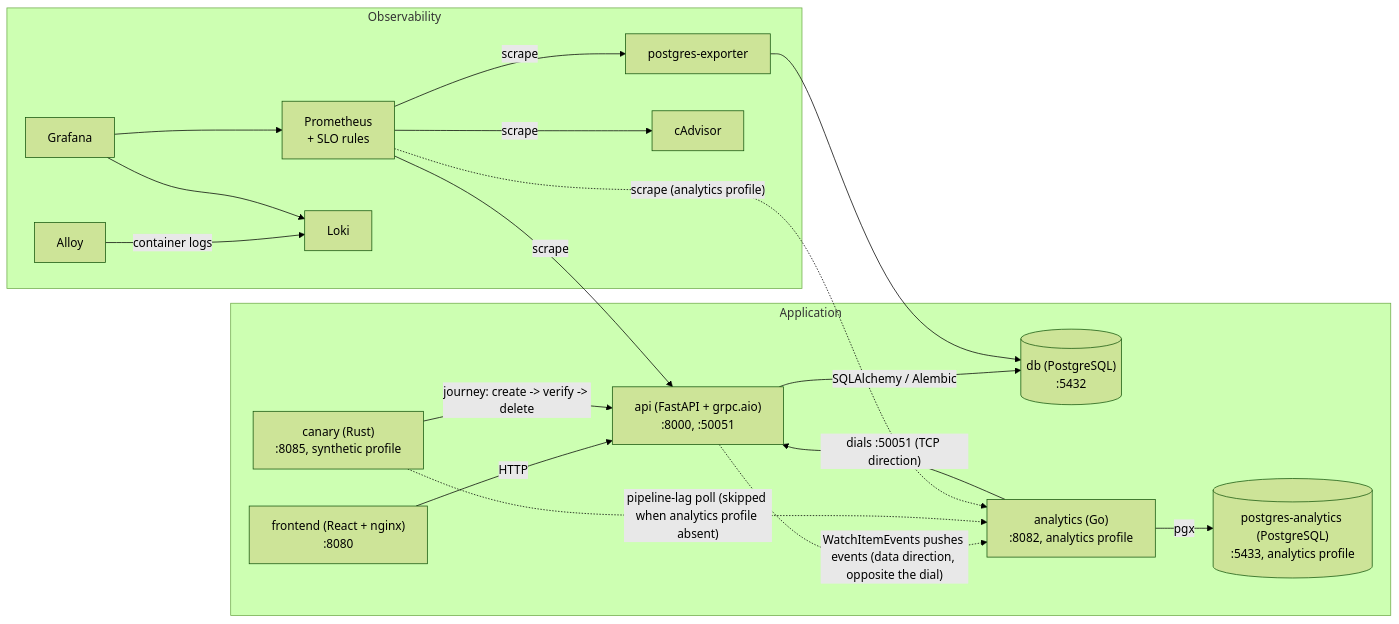
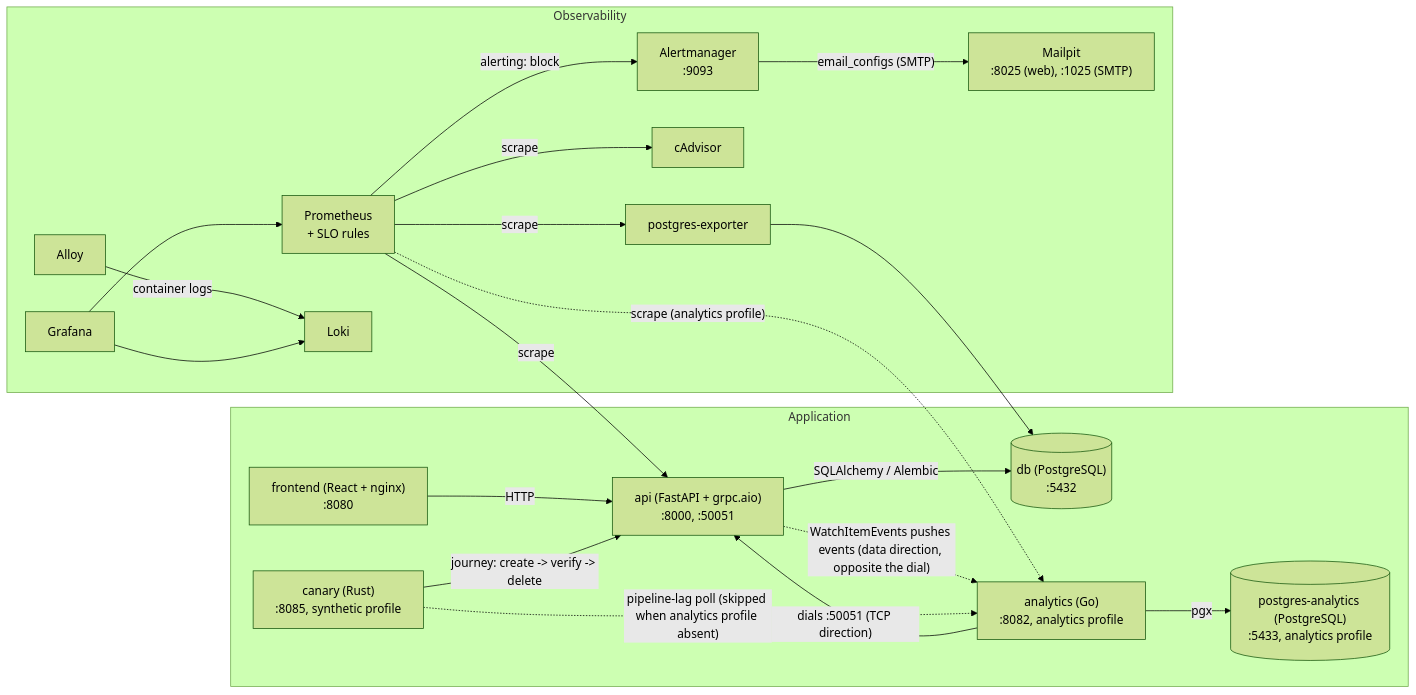
The diagram in docs/architecture.md (vovinacci/devops-demo), drawn with Mermaid (forest theme) before and after one commit. The commit also changed other lines of this file and 8 other files, not shown here.

````diff
--- a/docs/architecture.md
+++ b/docs/architecture.md
@@ -8,36 +8,40 @@
 ```mermaid
 flowchart LR
     subgraph app [Application]
         fe["frontend (React + nginx)<br/>:8080"]
         be["api (FastAPI + grpc.aio)<br/>:8000, :50051"]
         pg[("db (PostgreSQL)<br/>:5432")]
         an["analytics (Go)<br/>:8082, analytics profile"]
         pgA[("postgres-analytics (PostgreSQL)<br/>:5433, analytics profile")]
         can["canary (Rust)<br/>:8085, synthetic profile"]
     end
 
     subgraph obs [Observability]
         pgx["postgres-exporter"]
         cad["cAdvisor"]
         prom["Prometheus<br/>+ SLO rules"]
         alloy["Alloy"]
         loki["Loki"]
         graf["Grafana"]
+        am["Alertmanager<br/>:9093"]
+        mp["Mailpit<br/>:8025 (web), :1025 (SMTP)"]
     end
 
     fe -->|HTTP| be
     be -->|SQLAlchemy / Alembic| pg
     pgx --> pg
     an -->|pgx| pgA
     an -->|"dials :50051 (TCP direction)"| be
     be -.->|"WatchItemEvents pushes events (data direction, opposite the dial)"| an
     can -->|"journey: create -> verify -> delete"| be
     can -.->|"pipeline-lag poll (skipped when analytics profile absent)"| an
     prom -->|scrape| be
     prom -->|scrape| pgx
     prom -->|scrape| cad
     prom -.->|"scrape (analytics profile)"| an
     alloy -->|container logs| loki
     graf --> prom
     graf --> loki
+    prom -->|"alerting: block"| am
+    am -->|"email_configs (SMTP)"| mp
 ```
````
